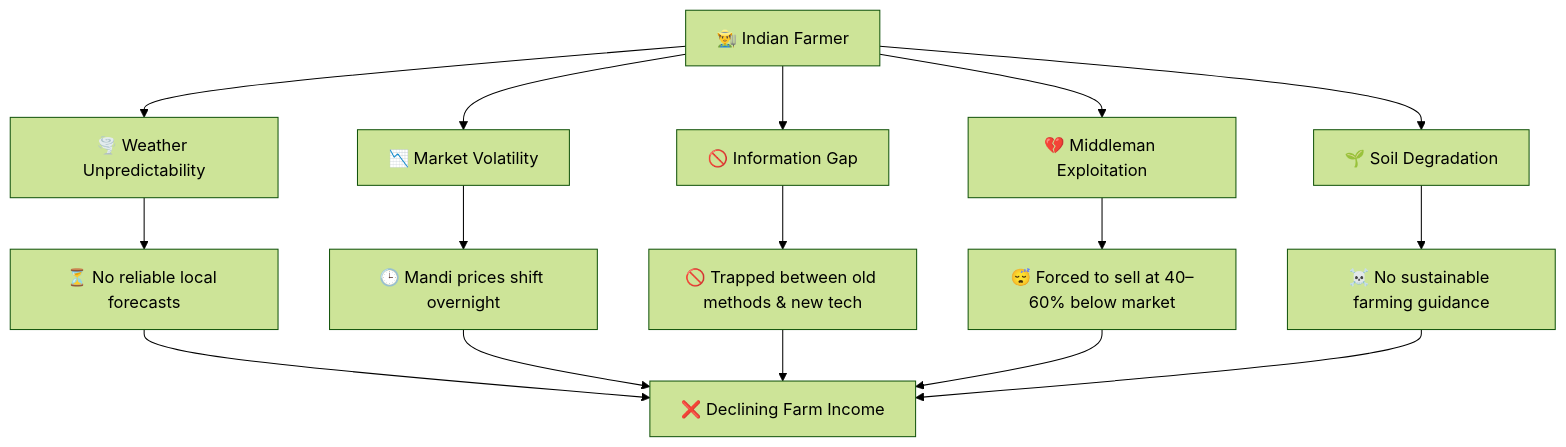
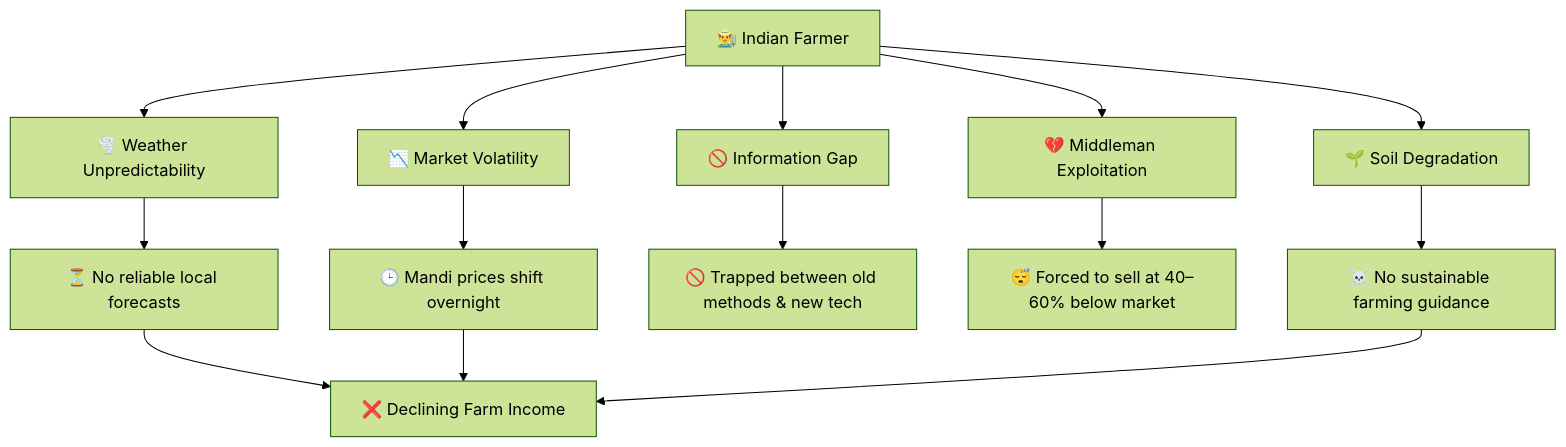
The first of 8 diagrams in README.md (Snehasish-tech/Agri-Companion), drawn with Mermaid (forest theme) before and after one commit. The commit also changed other lines of this file, not shown here.

````diff
--- a/README.md
+++ b/README.md
@@ -30,27 +28,25 @@
 ```mermaid
 flowchart TB
     A[👨‍🌾 Indian Farmer]
     B[🌪️ Weather Unpredictability]
     C[📉 Market Volatility]
     D[🚫 Information Gap]
     E[💔 Middleman Exploitation]
     F[🌱 Soil Degradation]
 
     A --> B
     A --> C
     A --> D
     A --> E
     A --> F
 
     B --> B1[⏳ No reliable local forecasts]
     C --> C1[🕒 Mandi prices shift overnight]
     D --> D1[🚫 Trapped between old methods & new tech]
     E --> E1[😴 Forced to sell at 40–60% below market]
     F --> F1[☠️ No sustainable farming guidance]
 
     B1 --> X[❌ Declining Farm Income]
     C1 --> X
-    D1 --> X
-    E1 --> X
     F1 --> X
 ```
````
